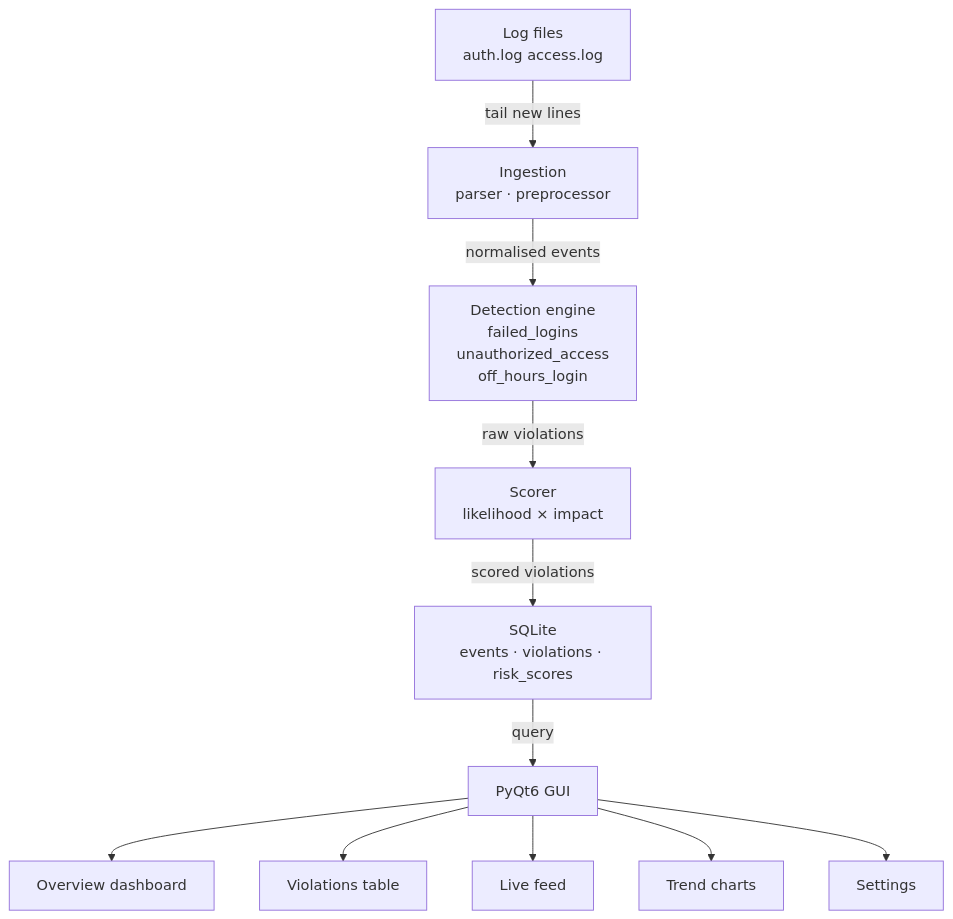
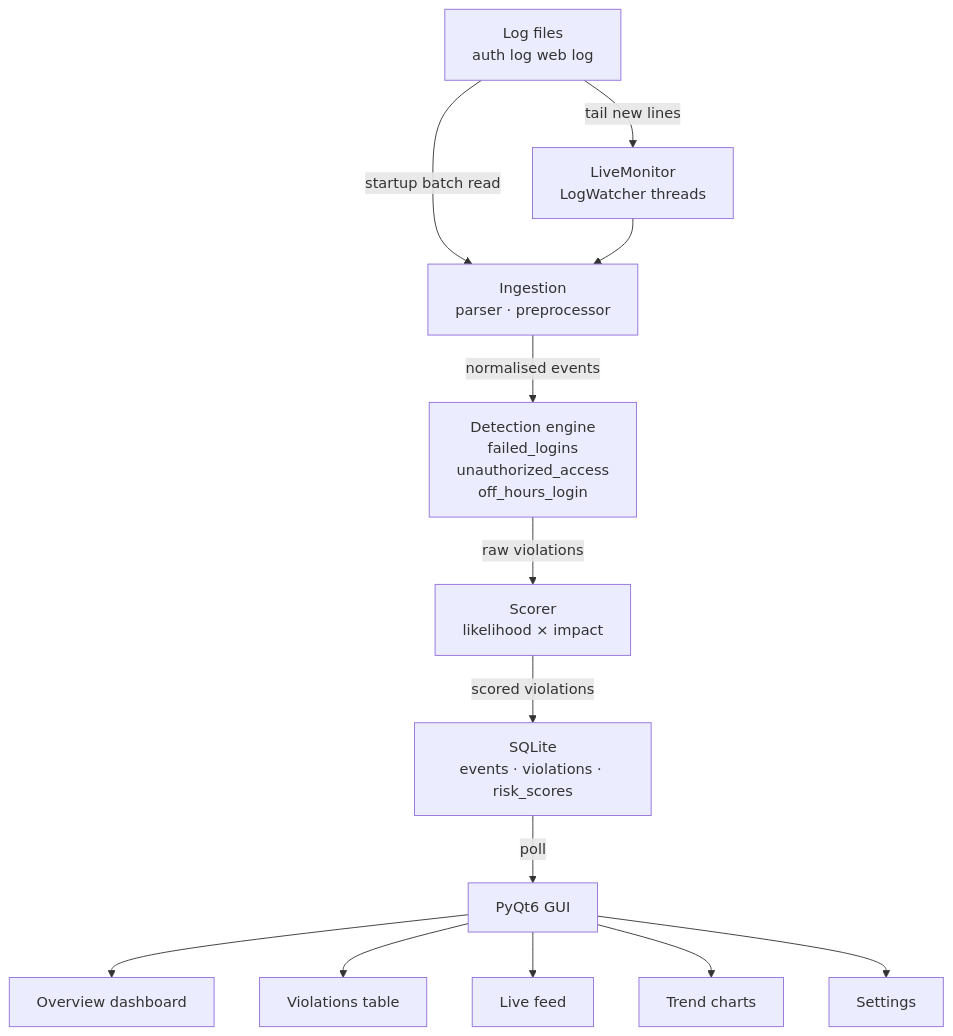
The first of 3 diagrams in README.md (Mak-beth/Cybermon), drawn with Mermaid before and after one commit. The commit also changed other lines of this file, not shown here.

````diff
--- a/README.md
+++ b/README.md
@@ -18,13 +18,15 @@
 ```mermaid
 flowchart TD
-    A[Log files\nauth.log  access.log] -->|tail new lines| B[Ingestion\nparser · preprocessor]
+    A[Log files\nauth log  web log] -->|startup batch read| B[Ingestion\nparser · preprocessor]
+    A -->|tail new lines| W[LiveMonitor\nLogWatcher threads]
+    W --> B
     B -->|normalised events| C[Detection engine\nfailed_logins\nunauthorized_access\noff_hours_login]
     C -->|raw violations| D[Scorer\nlikelihood × impact]
     D -->|scored violations| E[SQLite\nevents · violations · risk_scores]
-    E -->|query| F[PyQt6 GUI]
+    E -->|poll| F[PyQt6 GUI]
     F --> G[Overview dashboard]
     F --> H[Violations table]
     F --> I[Live feed]
     F --> J[Trend charts]
     F --> K[Settings]
 ```
````
